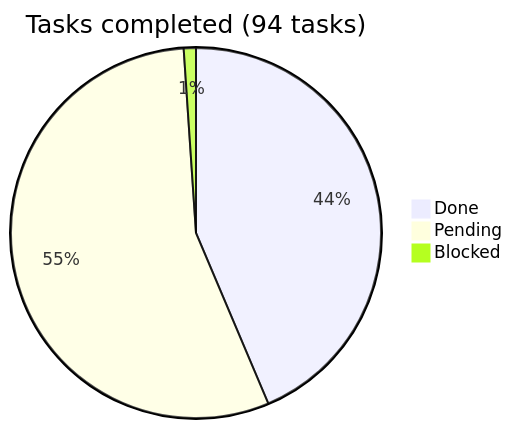
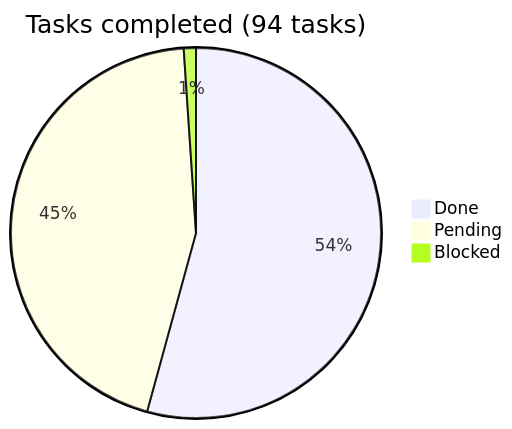
One commit to araguaney-lat/araguaney-app changed the diagram in docs/roadmap/README.md. Above: the diagram before and after it, drawn with Mermaid. The commit also changed other lines of this file and 3 other files, not shown here.

Commit message:
docs: online intake design and phase 05 roadmap update

````diff
--- a/docs/roadmap/README.md
+++ b/docs/roadmap/README.md
@@ -12,6 +12,6 @@
 ```mermaid
 pie title Tasks completed (94 tasks)
-    "Done" : 41
-    "Pending" : 52
+    "Done" : 51
+    "Pending" : 42
     "Blocked" : 1
 ```
````
